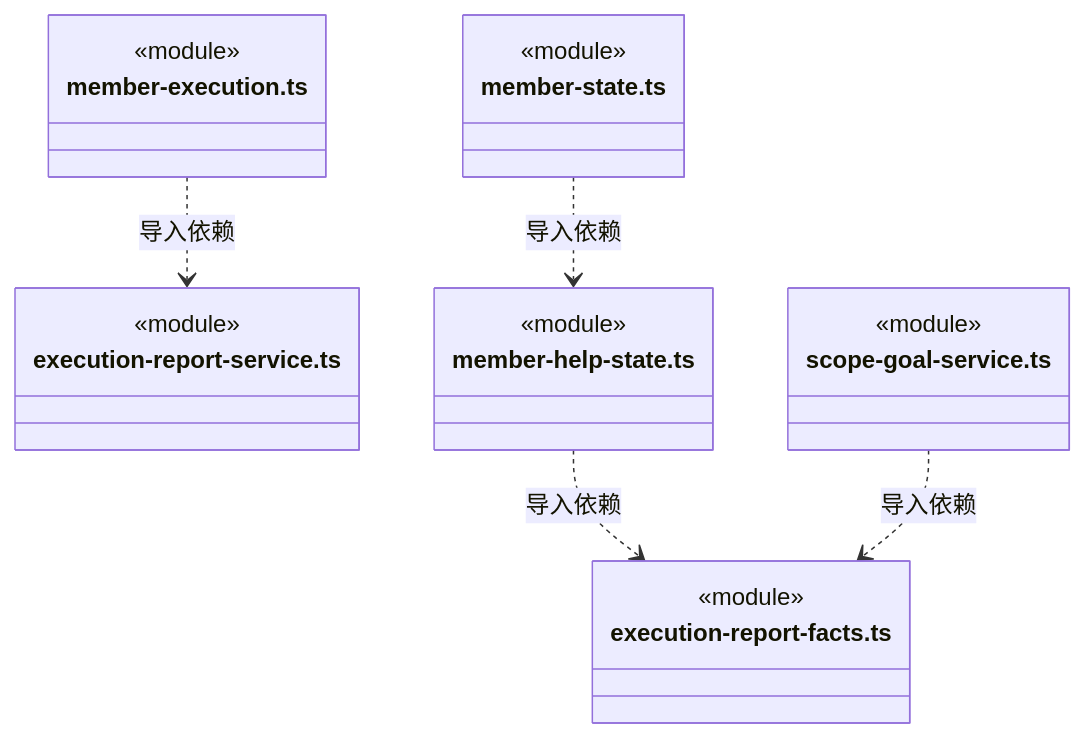
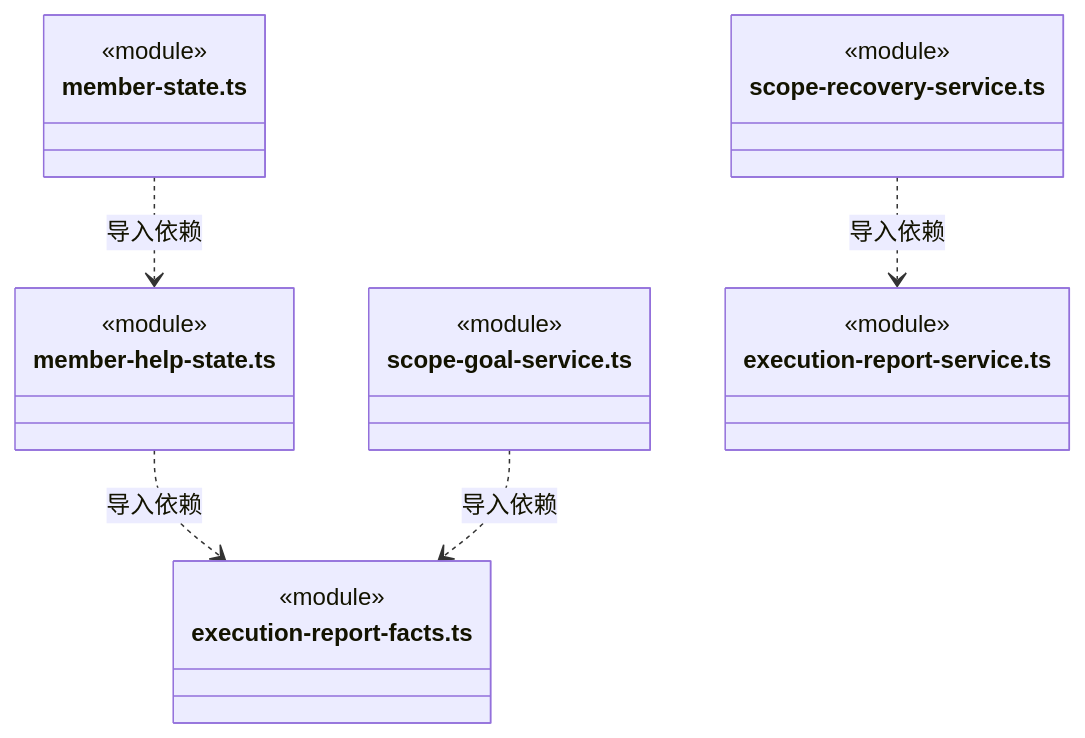
Before and after one commit to nan023062/cbim: diagram 38 of 42 in src/backend/scheduler-engine/execution/ARCHITECTURE.md, drawn with Mermaid. The commit also changed other lines of this file and 70 other files, not shown here.

````diff
--- a/src/backend/scheduler-engine/execution/ARCHITECTURE.md
+++ b/src/backend/scheduler-engine/execution/ARCHITECTURE.md
@@ -981,25 +1041,25 @@
 ```mermaid
 classDiagram
-class N_src_backend_scheduler_engine_execution_member_execution_ts["member-execution.ts"] {
-  <<module>>
-}
-class N_src_backend_scheduler_engine_execution_execution_report_service_ts["execution-report-service.ts"] {
-  <<module>>
-}
 class N_src_backend_scheduler_engine_execution_member_help_state_ts["member-help-state.ts"] {
   <<module>>
 }
 class N_src_backend_scheduler_engine_execution_execution_report_facts_ts["execution-report-facts.ts"] {
   <<module>>
 }
 class N_src_backend_scheduler_engine_execution_member_state_ts["member-state.ts"] {
   <<module>>
 }
 class N_src_backend_scheduler_engine_execution_scope_goal_service_ts["scope-goal-service.ts"] {
   <<module>>
 }
-N_src_backend_scheduler_engine_execution_member_execution_ts ..> N_src_backend_scheduler_engine_execution_execution_report_service_ts : 导入依赖
+class N_src_backend_scheduler_engine_execution_scope_recovery_service_ts["scope-recovery-service.ts"] {
+  <<module>>
+}
+class N_src_backend_scheduler_engine_execution_execution_report_service_ts["execution-report-service.ts"] {
+  <<module>>
+}
 N_src_backend_scheduler_engine_execution_member_help_state_ts ..> N_src_backend_scheduler_engine_execution_execution_report_facts_ts : 导入依赖
 N_src_backend_scheduler_engine_execution_member_state_ts ..> N_src_backend_scheduler_engine_execution_member_help_state_ts : 导入依赖
 N_src_backend_scheduler_engine_execution_scope_goal_service_ts ..> N_src_backend_scheduler_engine_execution_execution_report_facts_ts : 导入依赖
+N_src_backend_scheduler_engine_execution_scope_recovery_service_ts ..> N_src_backend_scheduler_engine_execution_execution_report_service_ts : 导入依赖
 ```
````
